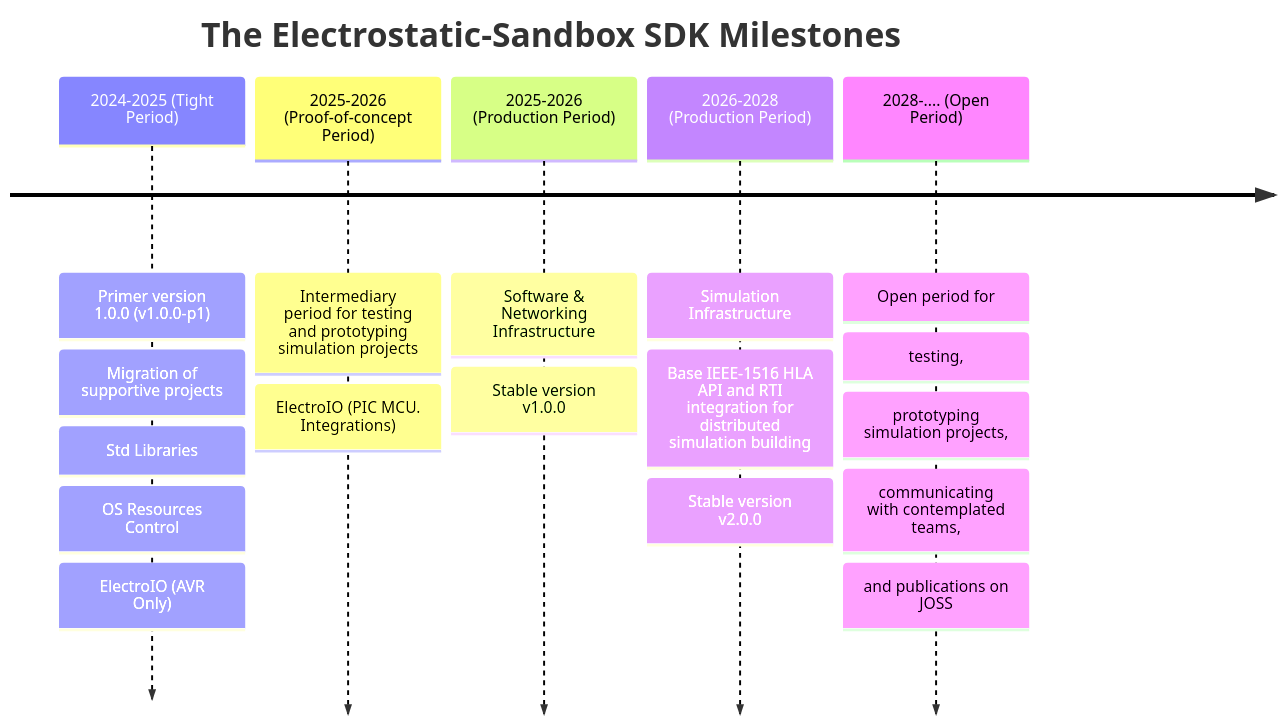
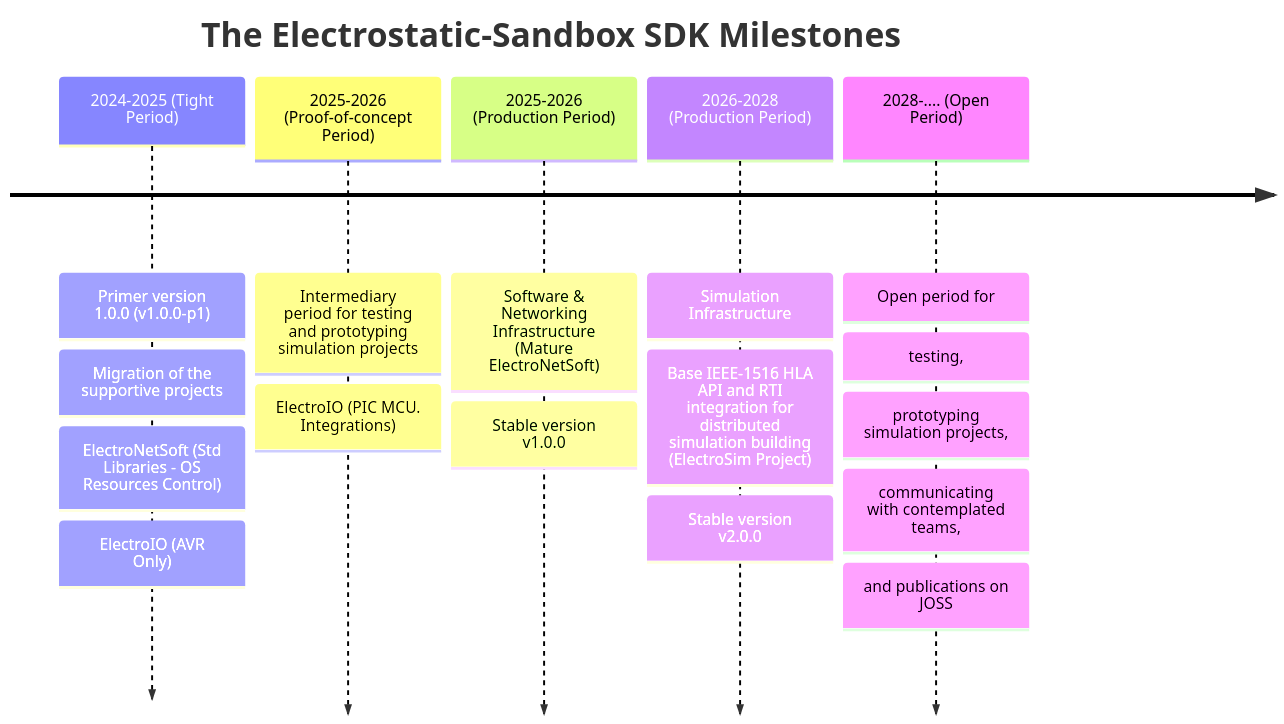
Before and after one commit to Electrostat-Lab/Electrostatic-Sandbox: the sixth of 6 diagrams in README.md, drawn with Mermaid. The commit also changed other lines of this file, not shown here.

Commit message:
Update README.md: redistribute the project into major subprojects

````diff
--- a/README.md
+++ b/README.md
@@ -198,9 +231,9 @@
 ```mermaid
 timeline
 title The Electrostatic-Sandbox SDK Milestones
-2024-2025 (Tight Period): Primer version 1.0.0 (v1.0.0-p1): Migration of supportive projects: Std Libraries: OS Resources Control: ElectroIO (AVR Only)
+2024-2025 (Tight Period): Primer version 1.0.0 (v1.0.0-p1): Migration of the supportive projects: ElectroNetSoft (Std Libraries - OS Resources Control): ElectroIO (AVR Only)
 2025-2026 (Proof-of-concept Period): Intermediary period for testing and prototyping simulation projects: ElectroIO (PIC MCU. Integrations)
-2025-2026 (Production Period): Software & Networking Infrastructure: Stable version v1.0.0
-2026-2028 (Production Period): Simulation Infrastructure: Base IEEE-1516 HLA API and RTI integration for distributed simulation building: Stable version v2.0.0
+2025-2026 (Production Period): Software & Networking Infrastructure (Mature ElectroNetSoft): Stable version v1.0.0
+2026-2028 (Production Period): Simulation Infrastructure: Base IEEE-1516 HLA API and RTI integration for distributed simulation building (ElectroSim Project): Stable version v2.0.0
 2028-.... (Open Period): Open period for: testing,: prototyping simulation projects,: communicating with contemplated teams,: and publications on JOSS
 ```
````
